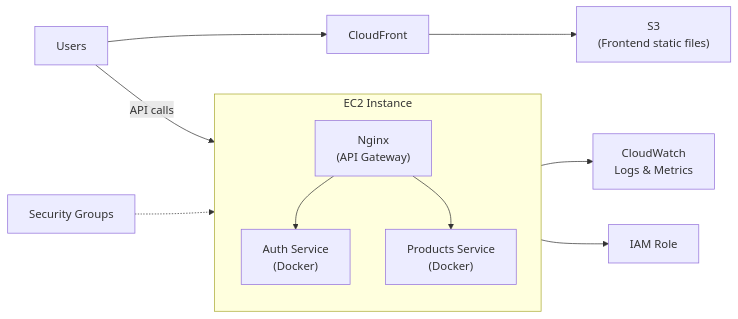
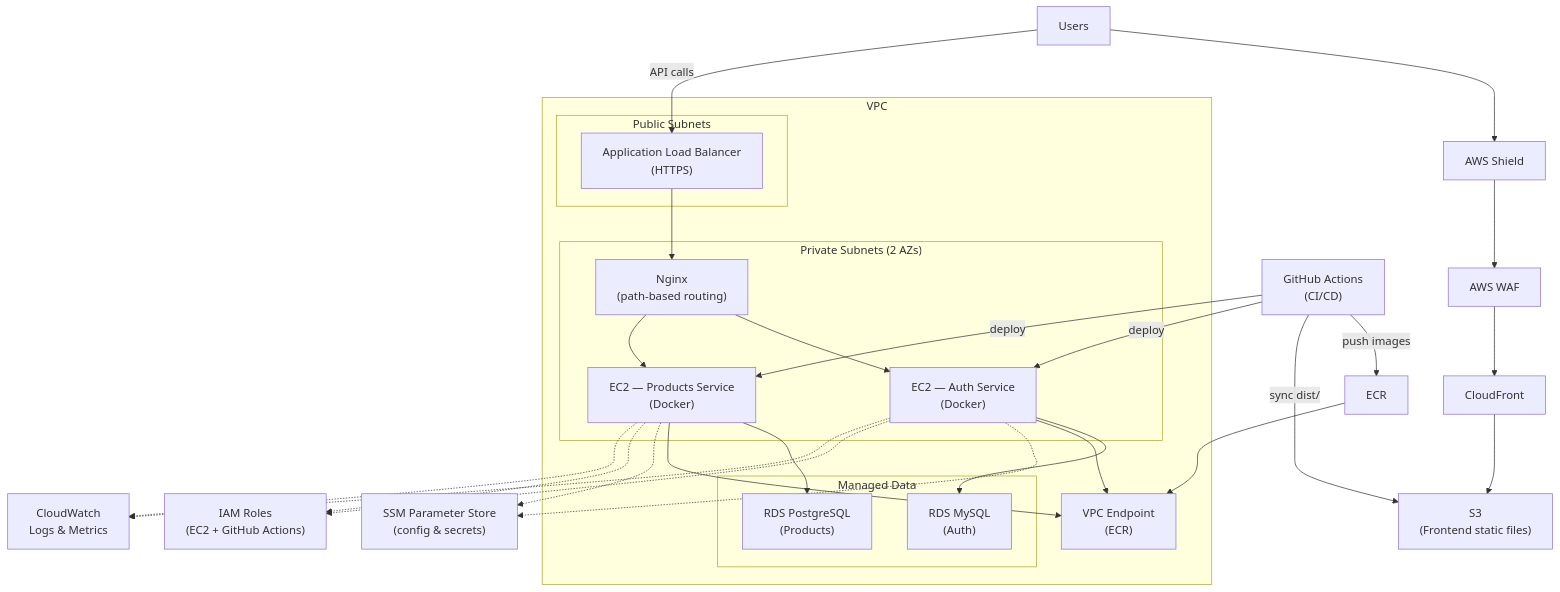
The first of 2 diagrams in docs/deployment-aws.md (WaelAlQawasmi/ecommerce-frontend), drawn with Mermaid before and after one commit. The commit also changed other lines of this file and 7 other files, not shown here.

Commit message:
Update production API URLs to use Application Load Balancer (ALB) and enhance documentation. Replace hardcoded IP addresses with placeholders in .env.production.example, README, and other documentation files to reflect the new architecture with VPC, ALB, and improved security measures.

````diff
--- a/docs/deployment-aws.md
+++ b/docs/deployment-aws.md
@@ -7,18 +7,52 @@
 ```mermaid
-flowchart LR
-    User["Users"] --> CF["CloudFront"]
+flowchart TB
+    User["Users"] --> Shield["AWS Shield"]
+    Shield --> WAF["AWS WAF"]
+    WAF --> CF["CloudFront"]
     CF --> S3["S3\n(Frontend static files)"]
-    User -->|"API calls"| EC2["EC2 Instance"]
-    
-    subgraph EC2["EC2 Instance"]
-        Nginx["Nginx\n(API Gateway)"]
-        Auth["Auth Service\n(Docker)"]
-        Products["Products Service\n(Docker)"]
-        Nginx --> Auth
-        Nginx --> Products
+    User -->|"API calls"| ALB["Application Load Balancer\n(HTTPS)"]
+
+    subgraph VPC["VPC"]
+        subgraph PublicSubnets["Public Subnets"]
+            ALB
+        end
+
+        subgraph PrivateSubnets["Private Subnets (2 AZs)"]
+            EC2Auth["EC2 — Auth Service\n(Docker)"]
+            EC2Prod["EC2 — Products Service\n(Docker)"]
+            NGX["Nginx\n(path-based routing)"]
+        end
+
+        subgraph Data["Managed Data"]
+            RDSAuth["RDS MySQL\n(Auth)"]
+            RDSProd["RDS PostgreSQL\n(Products)"]
+        end
+
+        VPCE["VPC Endpoint\n(ECR)"]
     end
 
-    EC2 --> CW["CloudWatch\nLogs & Metrics"]
-    EC2 --> IAM["IAM Role"]
-    SG["Security Groups"] -.-> EC2
+    ALB --> NGX
+    NGX --> EC2Auth
+    NGX --> EC2Prod
+    EC2Auth --> RDSAuth
+    EC2Prod --> RDSProd
+    EC2Auth --> VPCE
+    EC2Prod --> VPCE
+
+    SSM["SSM Parameter Store\n(config & secrets)"]
+    IAM["IAM Roles\n(EC2 + GitHub Actions)"]
+    CW["CloudWatch\nLogs & Metrics"]
+    GHA["GitHub Actions\n(CI/CD)"]
+
+    EC2Auth -.-> SSM
+    EC2Prod -.-> SSM
+    EC2Auth -.-> IAM
+    EC2Prod -.-> IAM
+    EC2Auth -.-> CW
+    EC2Prod -.-> CW
+    GHA -->|"push images"| ECR["ECR"]
+    GHA -->|"sync dist/"| S3
+    GHA -->|"deploy"| EC2Auth
+    GHA -->|"deploy"| EC2Prod
+    ECR --> VPCE
 ```
````
